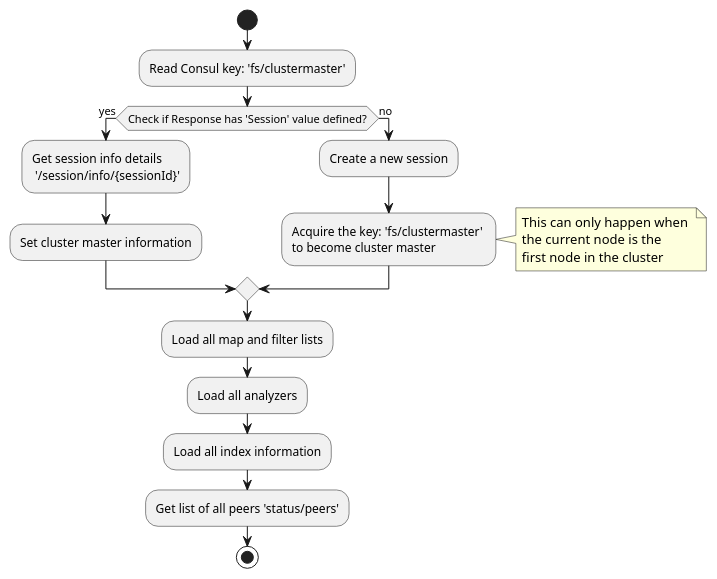
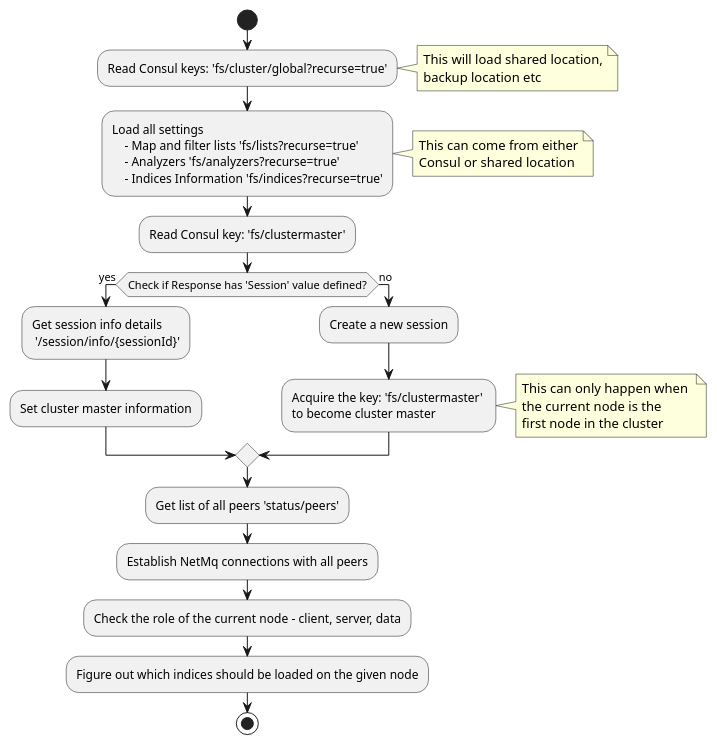
The diagram in diagrams/Node_start_logic.puml (FlexSearch/Architecture), drawn with PlantUML before and after one commit. The commit also changed other lines of this file, not shown here.

Commit message:
Add consul logic

```diff
--- a/diagrams/Node_start_logic.puml
+++ b/diagrams/Node_start_logic.puml
@@ -1,22 +3,35 @@
 @startuml
 start
+
+:Read Consul keys: 'fs/cluster/global?recurse=true';
+    note right
+        This will load shared location,
+        backup location etc
+    end note
+:Load all settings
+    - Map and filter lists 'fs/lists?recurse=true'
+    - Analyzers 'fs/analyzers?recurse=true'
+    - Indices Information 'fs/indices?recurse=true';
+    note right
+        This can come from either
+        Consul or shared location
+    end note
 :Read Consul key: 'fs/clustermaster';
 if (Check if Response has 'Session' value defined?) then (yes)
     :Get session info details \n '/session/info/{sessionId}';
     :Set cluster master information;
 else (no)
     :Create a new session;
     :Acquire the key: 'fs/clustermaster' \nto become cluster master;
     note right
         This can only happen when 
         the current node is the 
         first node in the cluster
     end note
 endif
-:Load all map and filter lists;
-:Load all analyzers;
-:Load all index information;
-
 :Get list of all peers 'status/peers';
+:Establish NetMq connections with all peers;
+:Check the role of the current node - client, server, data;
+:Figure out which indices should be loaded on the given node;
 stop
 @enduml
```
